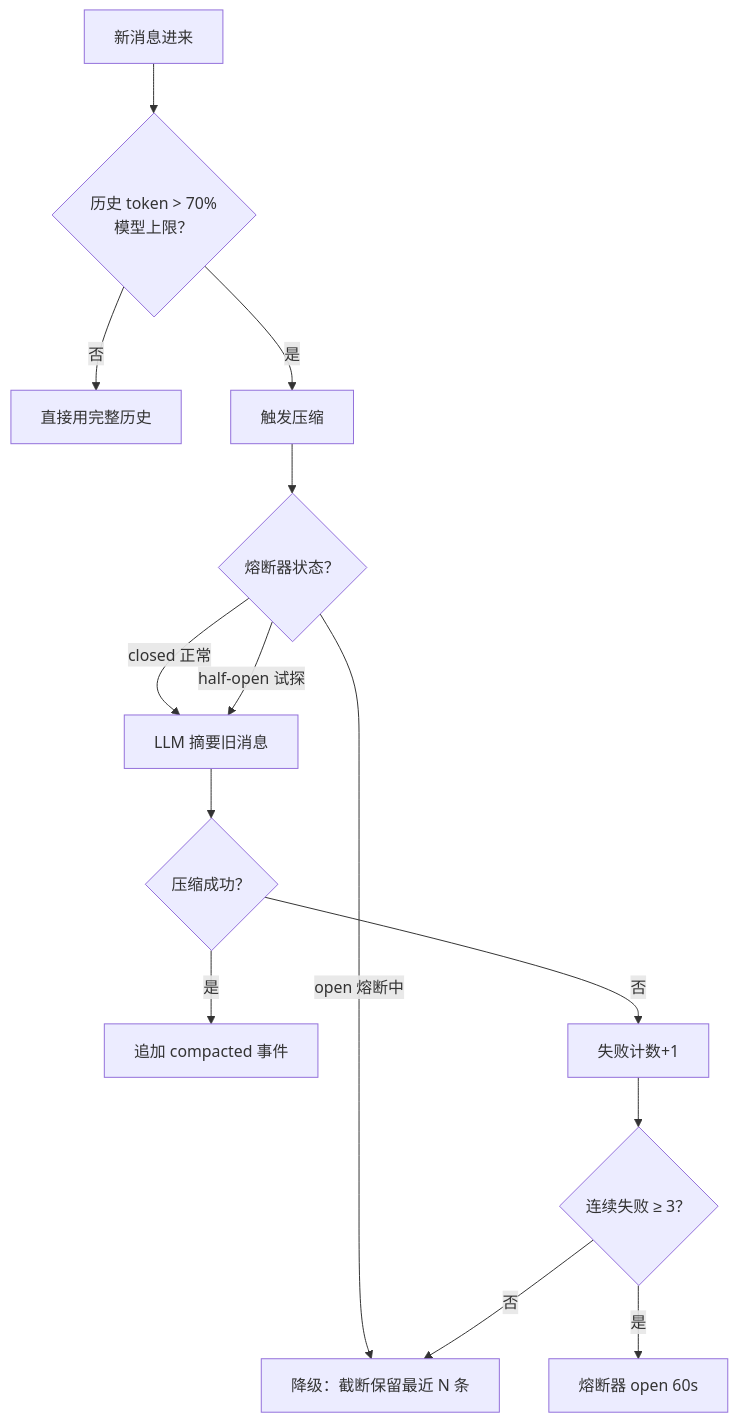
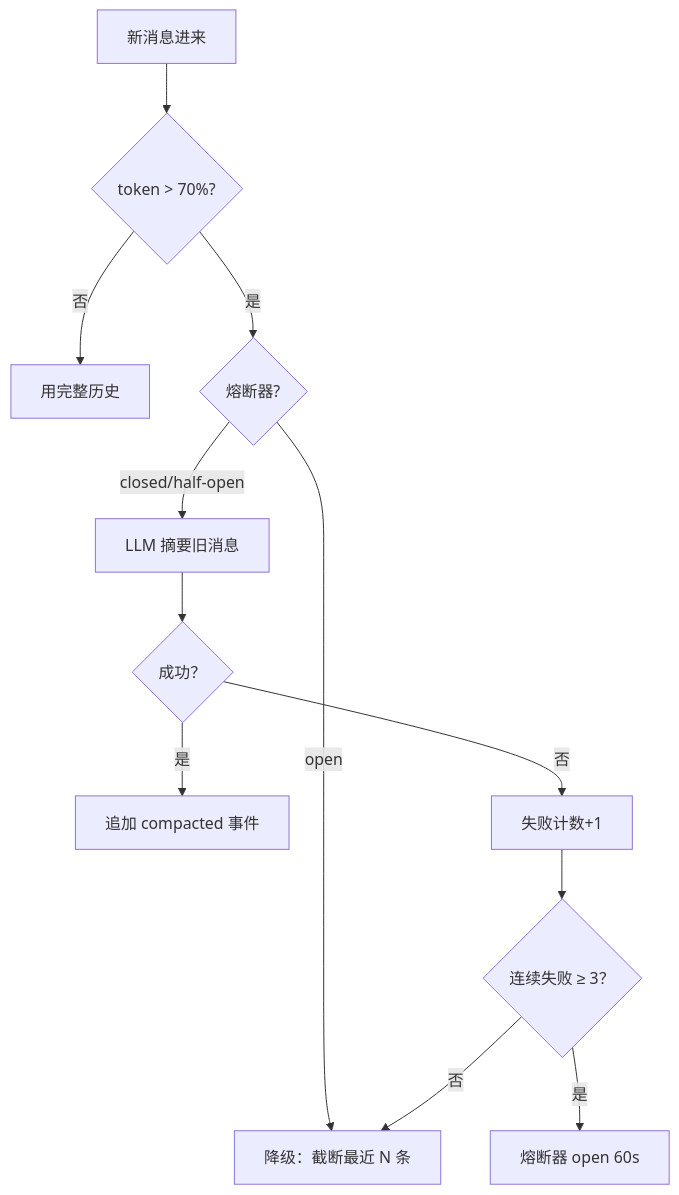
Diagram 23 of 27 in doc/系统架构与学习指南.md (996Code/llm-to-modeler), drawn with Mermaid before and after one commit. The commit also changed other lines of this file, not shown here.

First line of the commit message:
docs: 深度解析 interrupt/resume 机制 + 拆分所有大图

````diff
--- a/doc/系统架构与学习指南.md
+++ b/doc/系统架构与学习指南.md
@@ -705,18 +788,14 @@
 ```mermaid
 flowchart TD
-    Msg["新消息进来"] --> Check{"历史 token > 70%<br/>模型上限？"}
-    Check -->|否| Normal["直接用完整历史"]
-    Check -->|是| Compress["触发压缩"]
-
-    Compress --> CB{"熔断器状态？"}
-    CB -->|open 熔断中| Fallback["降级：截断保留最近 N 条"]
-    CB -->|closed 正常| LLM["LLM 摘要旧消息"]
-    CB -->|half-open 试探| LLM
-
-    LLM --> Success{"压缩成功？"}
+    Msg["新消息进来"] --> Check{"token > 70%?"}
+    Check -->|否| Normal["用完整历史"]
+    Check -->|是| CB{"熔断器?"}
+    CB -->|open| Fallback["降级：截断最近 N 条"]
+    CB -->|closed/half-open| LLM["LLM 摘要旧消息"]
+    LLM --> Success{"成功？"}
     Success -->|是| Save["追加 compacted 事件"]
     Success -->|否| Count["失败计数+1"]
     Count --> Trip{"连续失败 ≥ 3？"}
     Trip -->|是| Open["熔断器 open 60s"]
     Trip -->|否| Fallback
 ```
````
